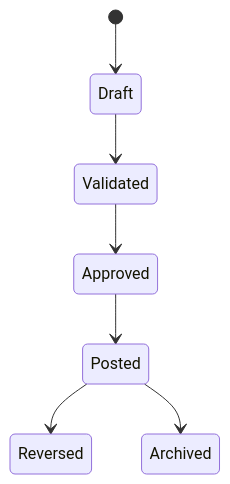
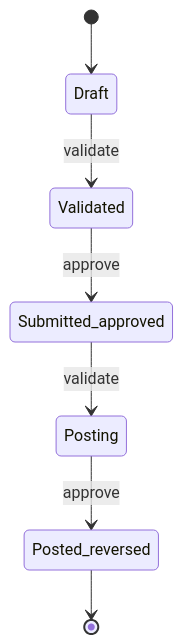
Before and after one commit to vakarkhan17/FlowCraft-Business-OS: diagram 11 of 46 in docs/blueprint/FCSB-Volume-14-Finance-Solution-Architecture.md, drawn with Mermaid. The commit also changed other lines of this file, not shown here.

Commit message:
docs(blueprint): rewrite FCSB Volume 14 finance architecture

```diff
--- a/docs/blueprint/FCSB-Volume-14-Finance-Solution-Architecture.md
+++ b/docs/blueprint/FCSB-Volume-14-Finance-Solution-Architecture.md
@@ -214,9 +207,9 @@
 ~~~mermaid
 stateDiagram-v2
   [*] --> Draft
-  Draft --> Validated
-  Validated --> Approved
-  Approved --> Posted
-  Posted --> Reversed
-  Posted --> Archived
+  Draft --> Validated: validate
+  Validated --> Submitted_approved: approve
+  Submitted_approved --> Posting: validate
+  Posting --> Posted_reversed: approve
+  Posted_reversed --> [*]
 ~~~
```
